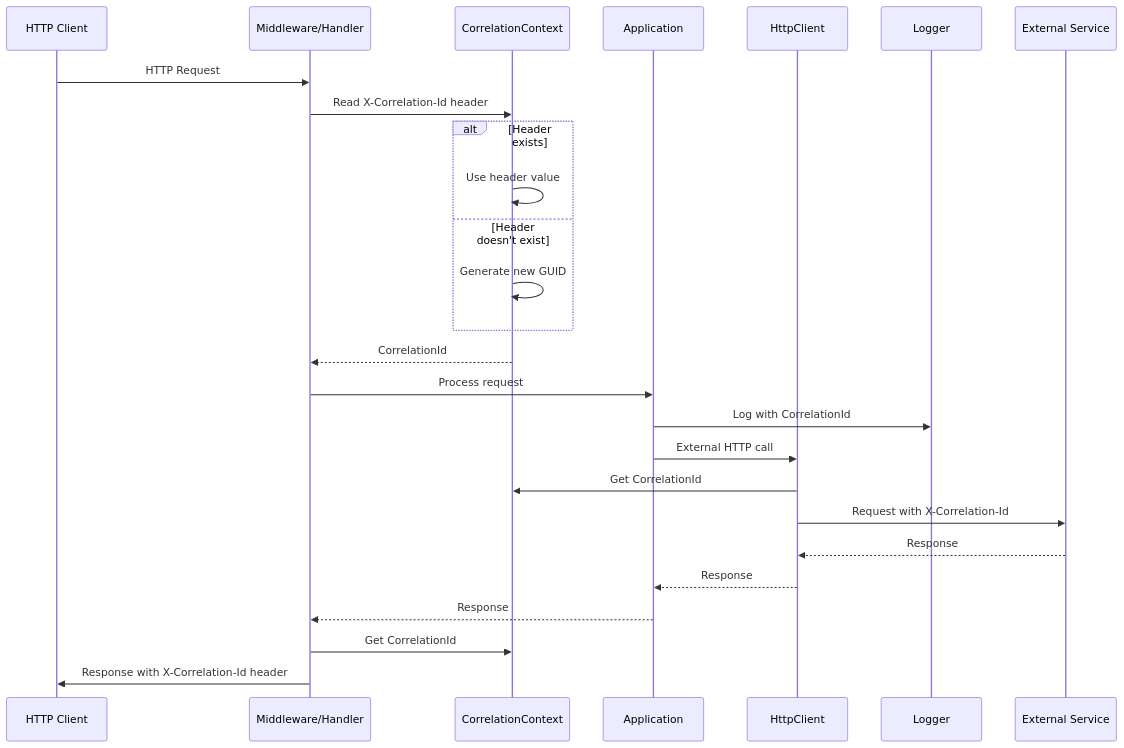
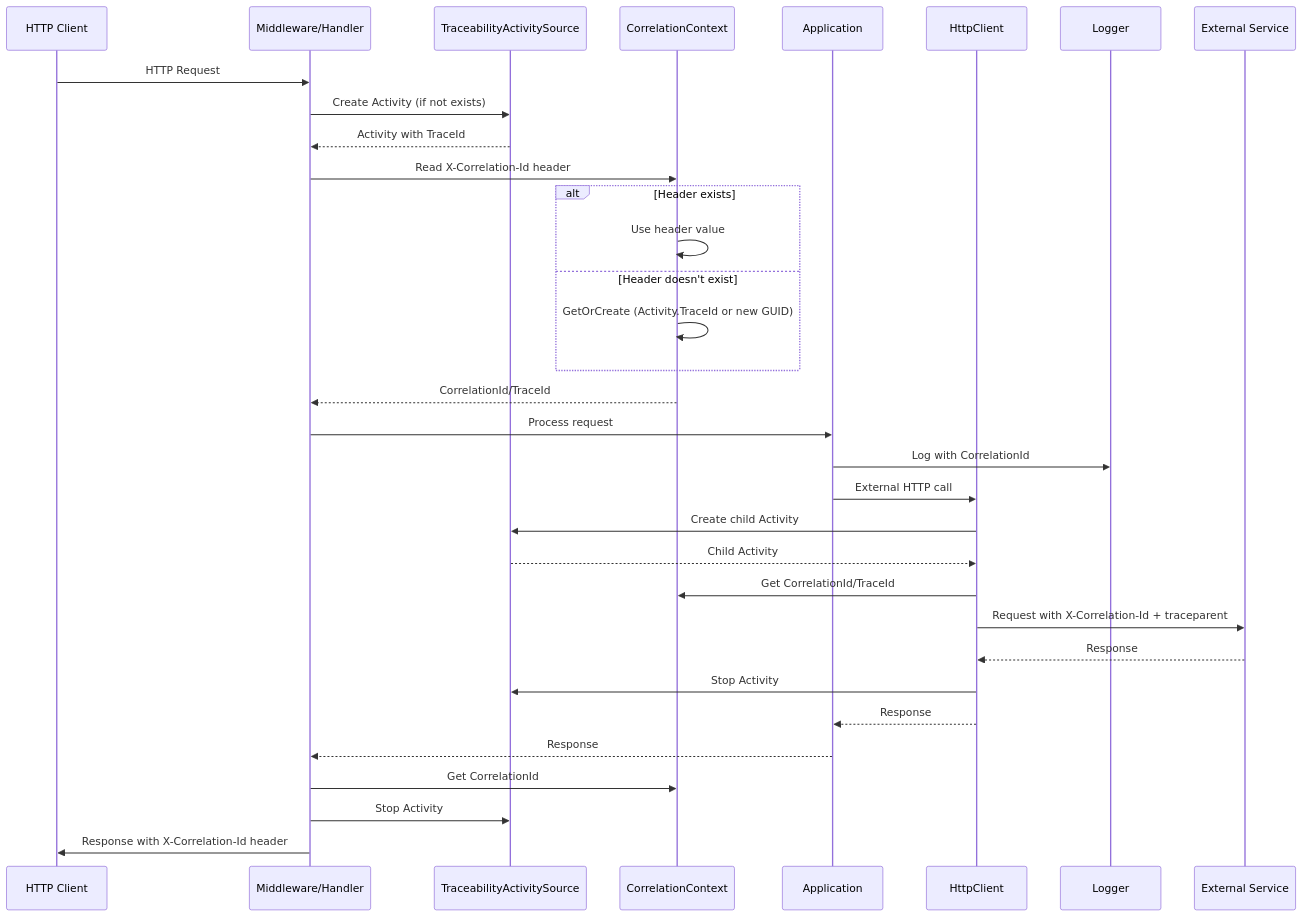
One commit to whitebeardit/traceability changed the second of 8 diagrams in docs/agents/architecture.md. Above: the diagram before and after it, drawn with Mermaid. The commit also changed other lines of this file and 23 other files, not shown here.

````diff
--- a/docs/agents/architecture.md
+++ b/docs/agents/architecture.md
@@ -47,29 +52,36 @@
 ```mermaid
 sequenceDiagram
     participant Client as HTTP Client
     participant Middleware as Middleware/Handler
+    participant ActivitySource as TraceabilityActivitySource
     participant Context as CorrelationContext
     participant App as Application
     participant HttpClient as HttpClient
     participant Logger as Logger
     participant External as External Service
 
     Client->>Middleware: HTTP Request
+    Middleware->>ActivitySource: Create Activity (if not exists)
+    ActivitySource-->>Middleware: Activity with TraceId
     Middleware->>Context: Read X-Correlation-Id header
     alt Header exists
         Context->>Context: Use header value
     else Header doesn't exist
-        Context->>Context: Generate new GUID
+        Context->>Context: GetOrCreate (Activity.TraceId or new GUID)
     end
-    Context-->>Middleware: CorrelationId
+    Context-->>Middleware: CorrelationId/TraceId
     Middleware->>App: Process request
     App->>Logger: Log with CorrelationId
     App->>HttpClient: External HTTP call
-    HttpClient->>Context: Get CorrelationId
-    HttpClient->>External: Request with X-Correlation-Id
+    HttpClient->>ActivitySource: Create child Activity
+    ActivitySource-->>HttpClient: Child Activity
+    HttpClient->>Context: Get CorrelationId/TraceId
+    HttpClient->>External: Request with X-Correlation-Id + traceparent
     External-->>HttpClient: Response
+    HttpClient->>ActivitySource: Stop Activity
     HttpClient-->>App: Response
     App-->>Middleware: Response
     Middleware->>Context: Get CorrelationId
+    Middleware->>ActivitySource: Stop Activity
     Middleware->>Client: Response with X-Correlation-Id header
 ```
````
